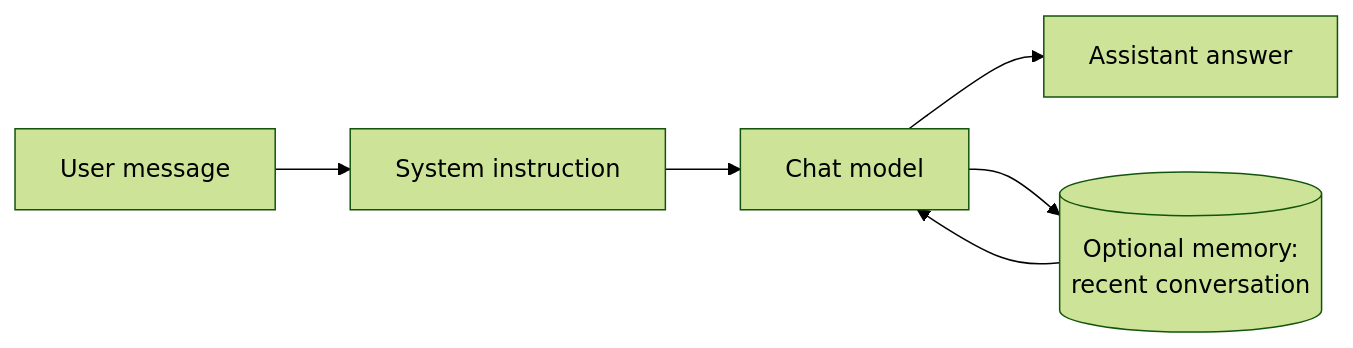
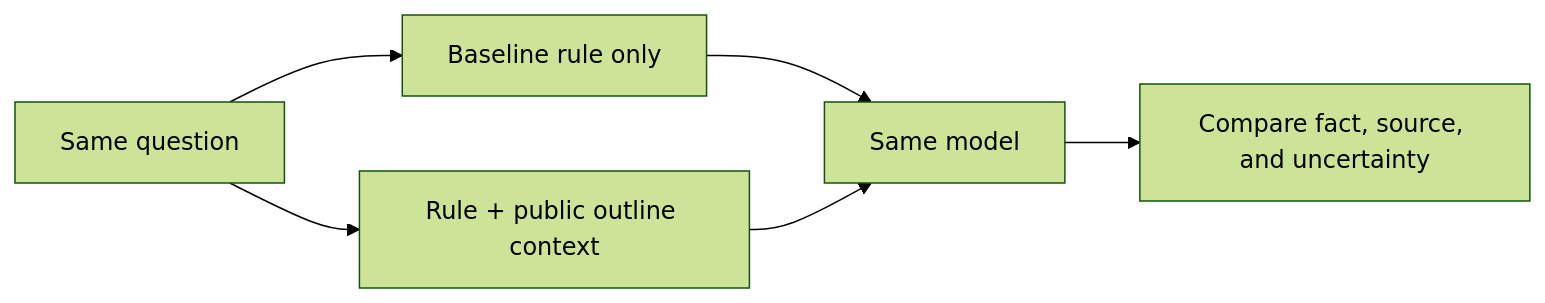
One commit to tulip-lab/agentic-AI-lab changed the first of 2 diagrams in M03-Context-Orchestration/Flowise/M03B-Flowise-Chatbot-Prompt-Memory.md. Above: the diagram before and after it, drawn with Mermaid (forest theme). The commit also changed other lines of this file and 31 other files, not shown here.

Commit message:
docs(m03): rebuild English Flowise labs with verified examples

````diff
--- a/M03-Context-Orchestration/Flowise/M03B-Flowise-Chatbot-Prompt-Memory.md
+++ b/M03-Context-Orchestration/Flowise/M03B-Flowise-Chatbot-Prompt-Memory.md
@@ -35,8 +34,8 @@
-```mermaid
+~~~mermaid
 flowchart LR
-    A[User message] --> B[System instruction]
-    B --> C[Chat model]
-    C --> D[Assistant answer]
-    E[("Optional memory:<br/>recent conversation")] --> C
-    C --> E
-```
+    Q[Same question] --> B[Baseline rule only]
+    Q --> C[Rule + public outline context]
+    B --> M[Same model]
+    C --> M
+    M --> E[Compare fact, source, and uncertainty]
+~~~
````
